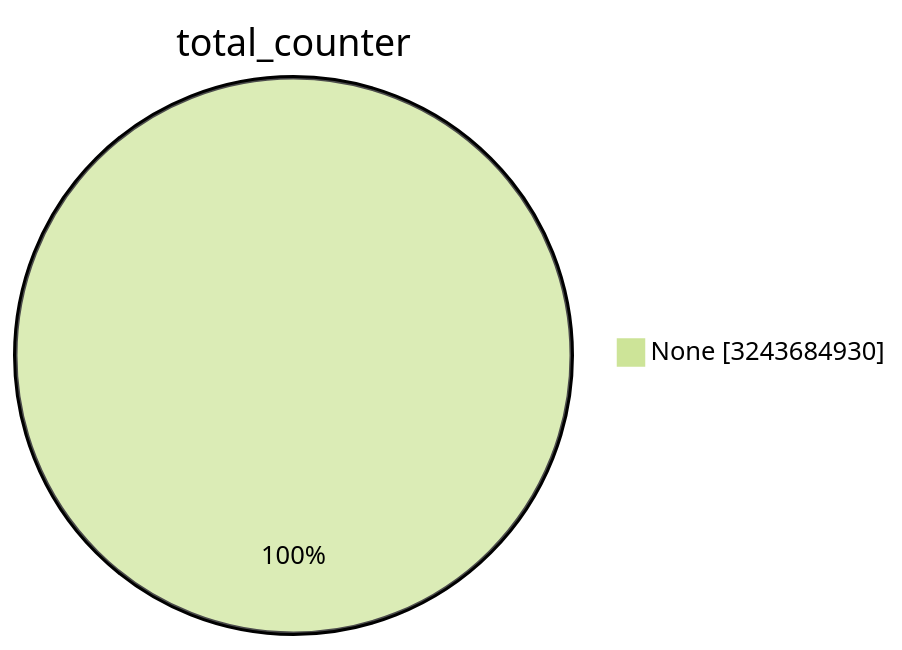
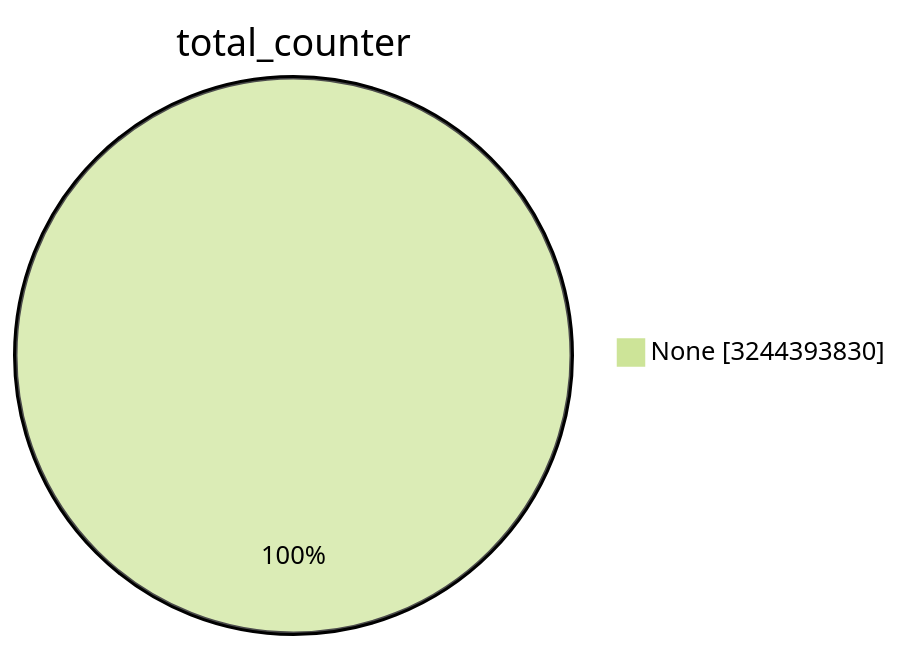
The first of 15 diagrams in TOTAL/README.md (christiankrug/ctmonitor_visualization), drawn with Mermaid (forest theme) before and after one commit. The commit also changed other lines of this file, not shown here.

````diff
--- a/TOTAL/README.md
+++ b/TOTAL/README.md
@@ -1,5 +1,5 @@
 ```mermaid
 pie showData
 title total_counter
-"None" :3243684930
+"None" :3244393830
 ```
````
